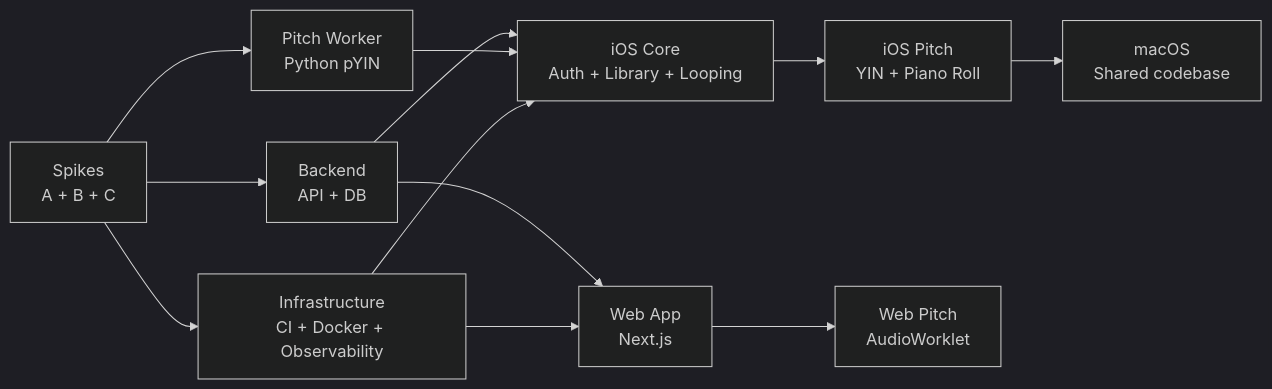
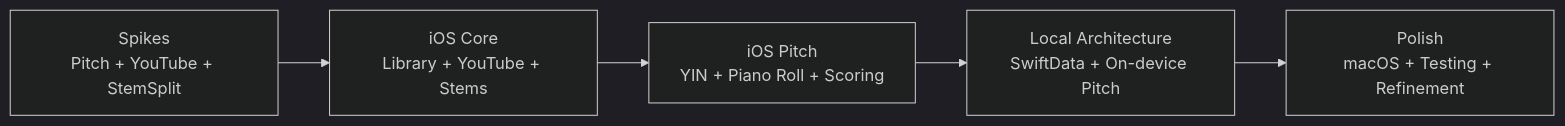
Before and after one commit to pawelgawliczek/intonavio-local: the diagram in docs/10-implementation-phases.md, drawn with Mermaid (dark theme). The commit also changed other lines of this file and 88 other files, not shown here.

First line of the commit message:
Migrate to fully on-device architecture

````diff
--- a/docs/10-implementation-phases.md
+++ b/docs/10-implementation-phases.md
@@ -60,17 +5,7 @@
 ```mermaid
 graph LR
-    Spikes[Spikes<br/>A + B + C] --> Backend[Backend<br/>API + DB]
-    Spikes --> PitchWorker[Pitch Worker<br/>Python pYIN]
-    Spikes --> Infra[Infrastructure<br/>CI + Docker + Observability]
-
-    Backend --> iOSCore[iOS Core<br/>Auth + Library + Looping]
-    Backend --> WebApp[Web App<br/>Next.js]
-    PitchWorker --> iOSCore
-    Infra --> iOSCore
-    Infra --> WebApp
-
-    iOSCore --> iOSPitch[iOS Pitch<br/>YIN + Piano Roll]
-    WebApp --> WebPitch[Web Pitch<br/>AudioWorklet]
-
-    iOSPitch --> macOS[macOS<br/>Shared codebase]
+    Spikes[Spikes<br/>Pitch + YouTube + StemSplit] --> Core[iOS Core<br/>Library + YouTube + Stems]
+    Core --> Pitch[iOS Pitch<br/>YIN + Piano Roll + Scoring]
+    Pitch --> LocalArch[Local Architecture<br/>SwiftData + On-device Pitch]
+    LocalArch --> Polish[Polish<br/>macOS + Testing + Refinement]
 ```
````
